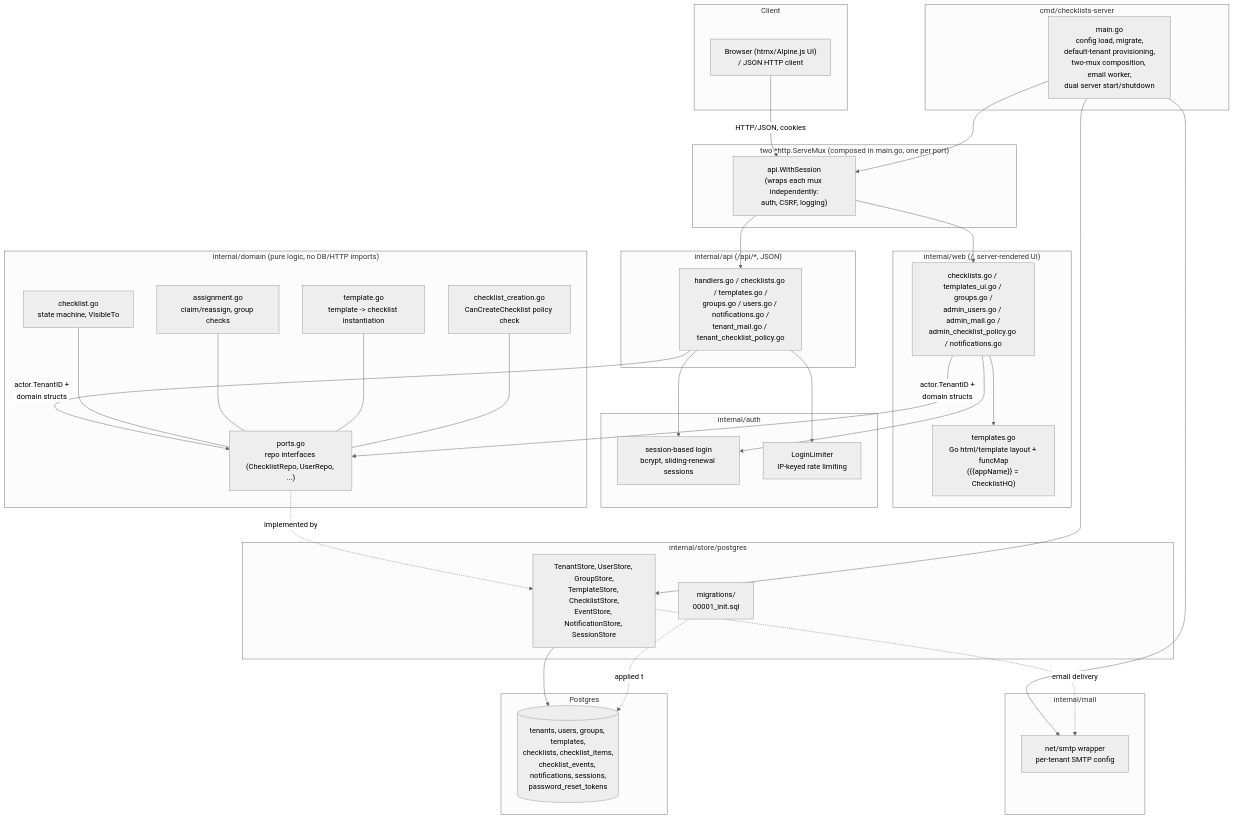
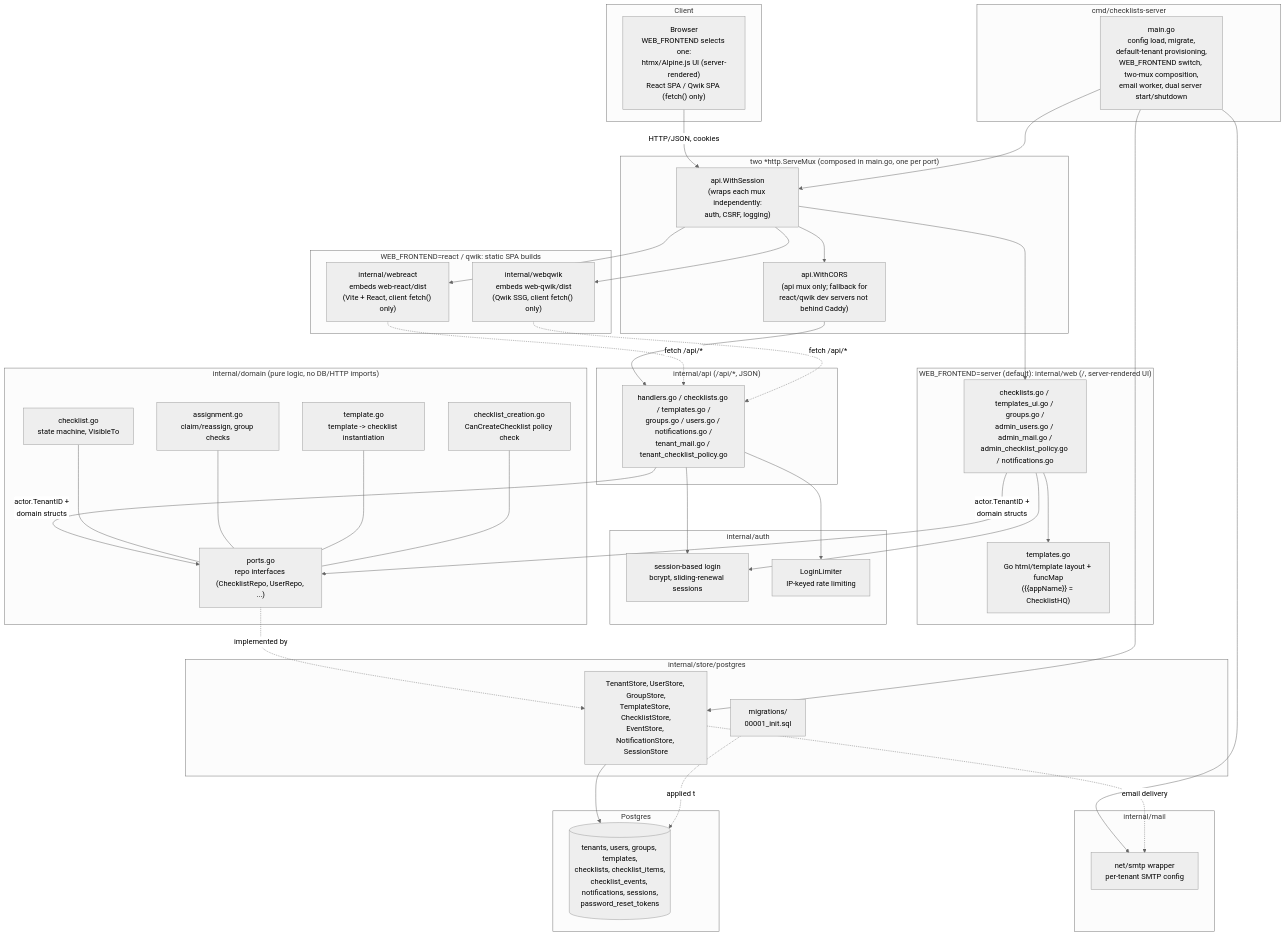
The first of 3 diagrams in docs/architecture.md (mkandel/go-checklists), drawn with Mermaid (neutral theme) before and after one commit. The commit also changed other lines of this file and 17 other files, not shown here.

````diff
--- a/docs/architecture.md
+++ b/docs/architecture.md
@@ -10,70 +10,81 @@
 ```mermaid
 flowchart TB
     subgraph client["Client"]
-        browser["Browser (htmx/Alpine.js UI)\n/ JSON HTTP client"]
+        browser["Browser\nWEB_FRONTEND selects one:\nhtmx/Alpine.js UI (server-rendered)\nReact SPA / Qwik SPA (fetch() only)"]
     end
 
     subgraph cmd["cmd/checklists-server"]
-        main["main.go\nconfig load, migrate,\ndefault-tenant provisioning,\ntwo-mux composition, email worker,\ndual server start/shutdown"]
+        main["main.go\nconfig load, migrate,\ndefault-tenant provisioning,\nWEB_FRONTEND switch, two-mux composition,\nemail worker, dual server start/shutdown"]
     end
 
     subgraph mux["two *http.ServeMux (composed in main.go, one per port)"]
         withsession["api.WithSession\n(wraps each mux independently:\nauth, CSRF, logging)"]
+        withcors["api.WithCORS\n(api mux only; fallback for\nreact/qwik dev servers not behind Caddy)"]
     end
 
     subgraph api["internal/api  (/api/*, JSON)"]
         apihandlers["handlers.go / checklists.go / templates.go /\ngroups.go / users.go / notifications.go /\ntenant_mail.go / tenant_checklist_policy.go"]
     end
 
-    subgraph web["internal/web  (/, server-rendered UI)"]
+    subgraph web["WEB_FRONTEND=server (default): internal/web  (/, server-rendered UI)"]
         webhandlers["checklists.go / templates_ui.go / groups.go /\nadmin_users.go / admin_mail.go /\nadmin_checklist_policy.go / notifications.go"]
         tmpl["templates.go\nGo html/template layout + funcMap\n({{appName}} = ChecklistHQ)"]
+    end
+
+    subgraph spas["WEB_FRONTEND=react / qwik: static SPA builds"]
+        webreact["internal/webreact\nembeds web-react/dist\n(Vite + React, client fetch() only)"]
+        webqwik["internal/webqwik\nembeds web-qwik/dist\n(Qwik SSG, client fetch() only)"]
     end
 
     subgraph authpkg["internal/auth"]
         session["session-based login\nbcrypt, sliding-renewal sessions"]
         limiter["LoginLimiter\nIP-keyed rate limiting"]
     end
 
     subgraph mailpkg["internal/mail"]
         smtp["net/smtp wrapper\nper-tenant SMTP config"]
     end
 
     subgraph domain["internal/domain (pure logic, no DB/HTTP imports)"]
         checklist["checklist.go\nstate machine, VisibleTo"]
         assignment["assignment.go\nclaim/reassign, group checks"]
         template["template.go\ntemplate -> checklist instantiation"]
         checklistcreation["checklist_creation.go\nCanCreateChecklist policy check"]
         ports["ports.go\nrepo interfaces (ChecklistRepo, UserRepo, ...)"]
     end
 
     subgraph store["internal/store/postgres"]
         repos["TenantStore, UserStore, GroupStore,\nTemplateStore, ChecklistStore,\nEventStore, NotificationStore, SessionStore"]
         migrations["migrations/\n00001_init.sql"]
     end
 
     subgraph db["Postgres"]
         tables[("tenants, users, groups, templates,\nchecklists, checklist_items,\nchecklist_events, notifications, sessions,\npassword_reset_tokens")]
     end
 
     browser -->|HTTP/JSON, cookies| withsession
-    withsession --> apihandlers
+    withsession --> withcors
+    withcors --> apihandlers
     withsession --> webhandlers
+    withsession --> webreact
+    withsession --> webqwik
     webhandlers --> tmpl
     apihandlers --> session
     webhandlers --> session
     apihandlers --> limiter
     apihandlers -->|actor.TenantID +\ndomain structs| ports
     webhandlers -->|actor.TenantID +\ndomain structs| ports
+    webreact -.fetch /api/*.-> apihandlers
+    webqwik -.fetch /api/*.-> apihandlers
     ports -.implemented by.-> repos
     checklist --- ports
     assignment --- ports
     template --- ports
     checklistcreation --- ports
     repos --> tables
     migrations -.applied to.-> tables
     main --> withsession
     main --> repos
     main --> smtp
     repos -.email delivery.-> smtp
 ```
````
